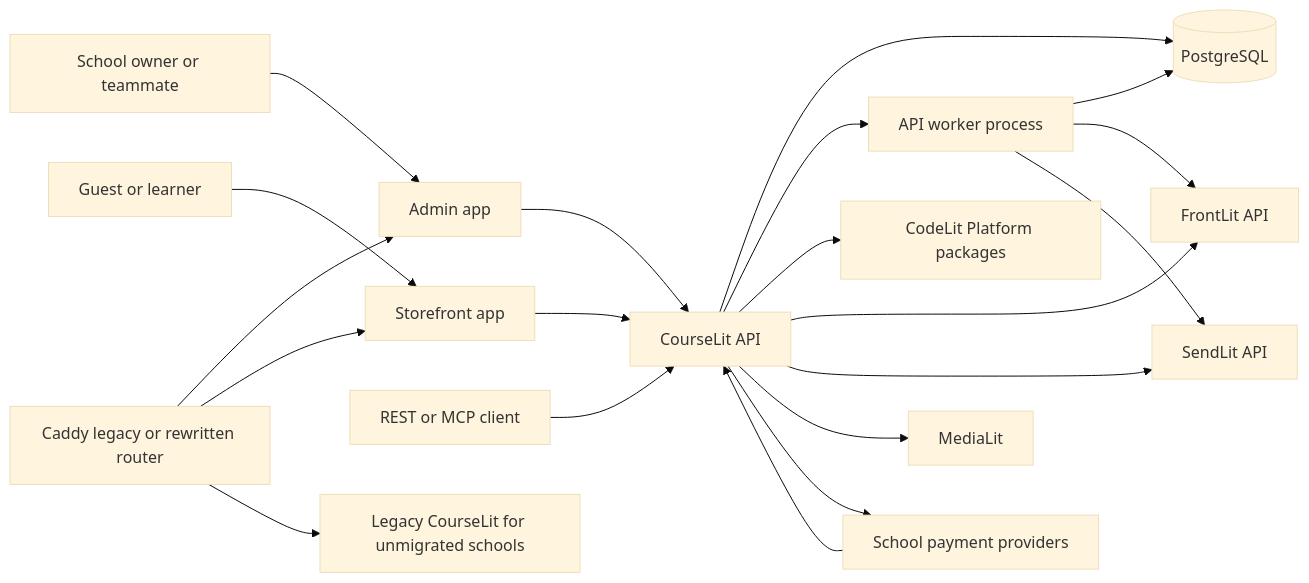
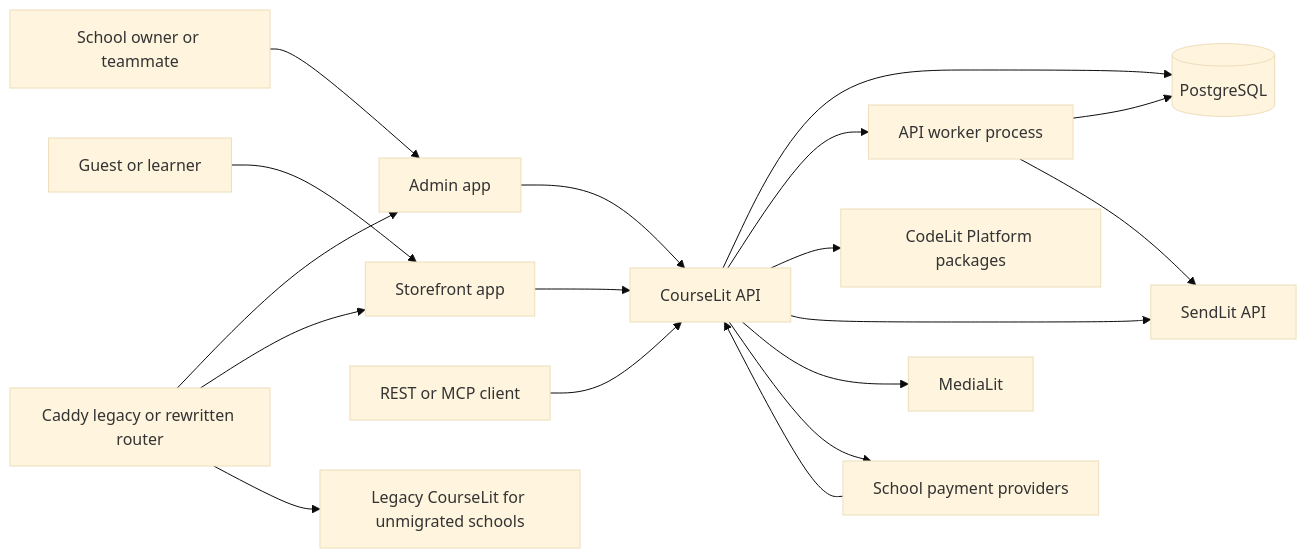
The first of 2 diagrams in docs/platform-based-rewrite.md (codelitdev/courselit), drawn with Mermaid (base theme) before and after one commit. The commit also changed other lines of this file and 80 other files, not shown here.

````diff
--- a/docs/platform-based-rewrite.md
+++ b/docs/platform-based-rewrite.md
@@ -161,22 +160,20 @@
 ```mermaid
 flowchart LR
     Admin[School owner or teammate] --> AdminApp[Admin app]
     Learner[Guest or learner] --> StorefrontApp[Storefront app]
     ApiClient[REST or MCP client] --> API[CourseLit API]
     Caddy[Caddy legacy or rewritten router] --> AdminApp
     Caddy --> StorefrontApp
     Caddy --> Legacy[Legacy CourseLit for unmigrated schools]
     AdminApp --> API
     StorefrontApp --> API
     API --> PG[(PostgreSQL)]
     API --> Worker[API worker process]
     Worker --> PG
     API --> Platform[CodeLit Platform packages]
-    API --> FrontLit[FrontLit API]
     API --> SendLit[SendLit API]
     API --> MediaLit[MediaLit]
     API --> Payments[School payment providers]
-    Worker --> FrontLit
     Worker --> SendLit
     Payments --> API
 ```
````
